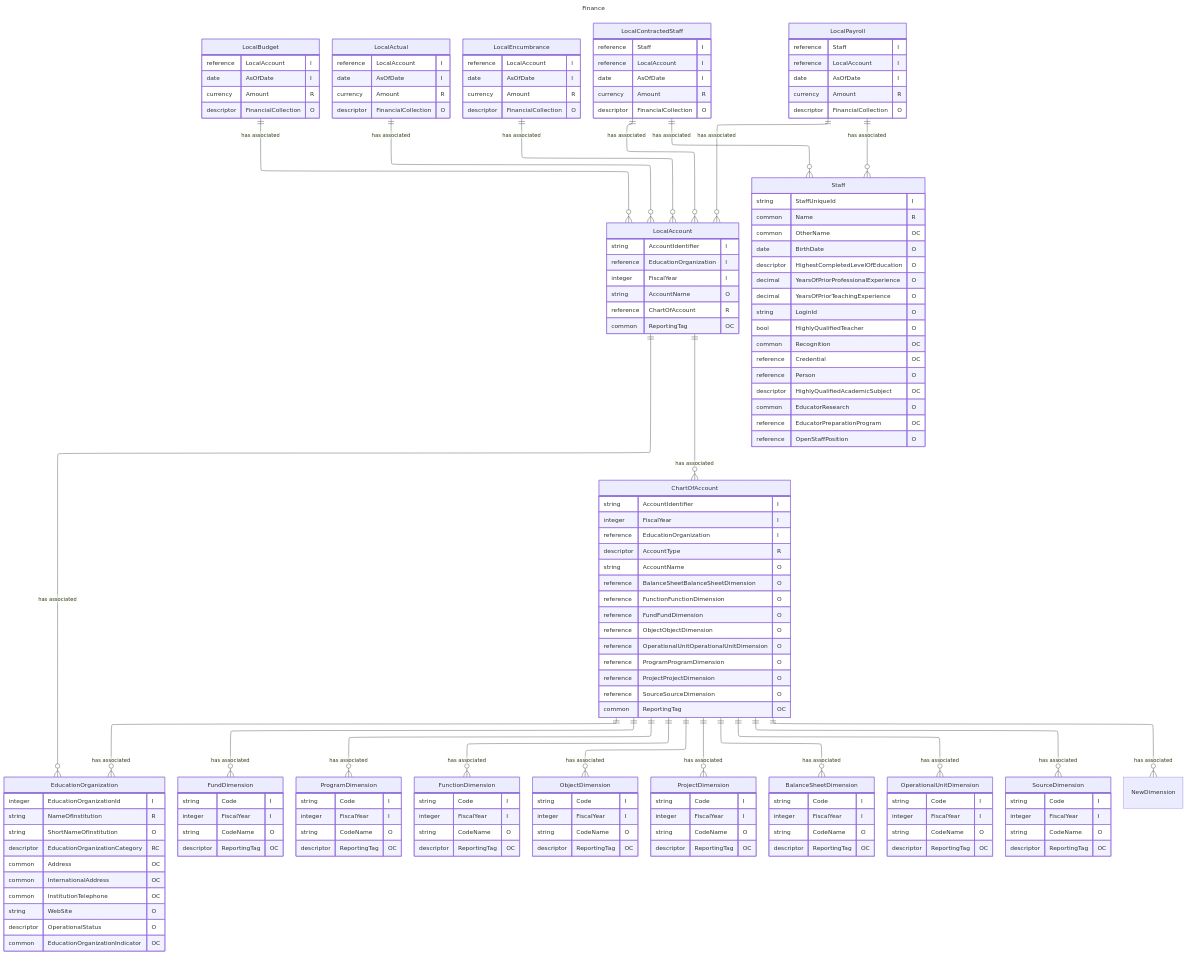
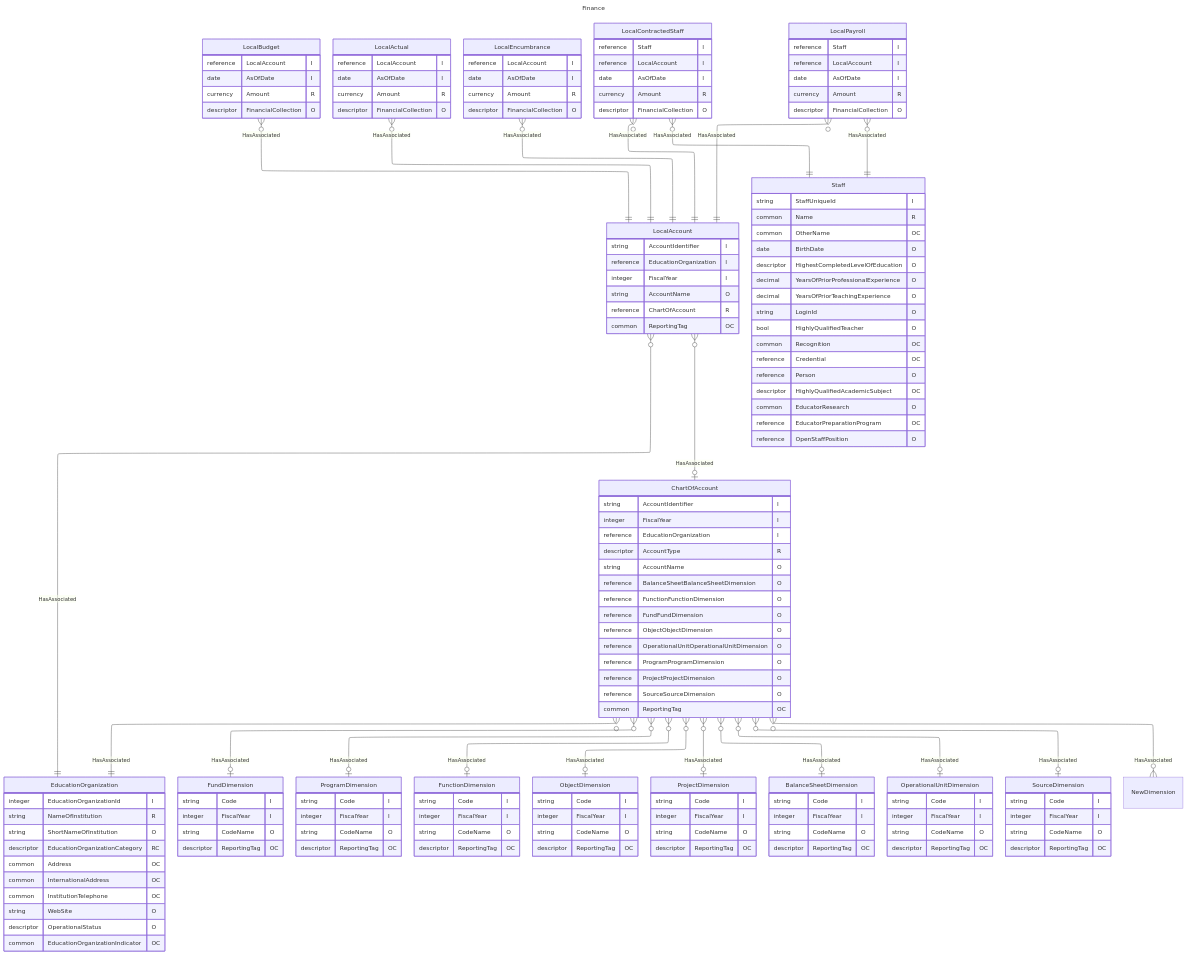
One commit to Ed-Fi-Alliance-OSS/Ed-Fi-Data-Standard changed the diagram in Models/Models/Finance.mmd. Above: the diagram before and after it, drawn with Mermaid. The commit also changed 6 other files, not shown here.

```diff
--- a/Models/Models/Finance.mmd
+++ b/Models/Models/Finance.mmd
@@ -1,161 +1,161 @@
 ---
 title: Finance
 config:
   layout: elk
 ---
 erDiagram
     EducationOrganization {
         integer EducationOrganizationId "I"
         string NameOfInstitution "R"
         string ShortNameOfInstitution "O"
         descriptor EducationOrganizationCategory "RC"
         common Address "OC"
         common InternationalAddress "OC"
         common InstitutionTelephone "OC"
         string WebSite "O"
         descriptor OperationalStatus "O"
         common EducationOrganizationIndicator "OC"
     }
     LocalAccount {
         string AccountIdentifier "I"
         reference EducationOrganization "I"
         integer FiscalYear "I"
         string AccountName "O"
         reference ChartOfAccount "R"
         common ReportingTag "OC"
     }
     ChartOfAccount {
         string AccountIdentifier "I"
         integer FiscalYear "I"
         reference EducationOrganization "I"
         descriptor AccountType "R"
         string AccountName "O"
         reference BalanceSheetBalanceSheetDimension "O"
         reference FunctionFunctionDimension "O"
         reference FundFundDimension "O"
         reference ObjectObjectDimension "O"
         reference OperationalUnitOperationalUnitDimension "O"
         reference ProgramProgramDimension "O"
         reference ProjectProjectDimension "O"
         reference SourceSourceDimension "O"
         common ReportingTag "OC"
     }
     LocalBudget {
         reference LocalAccount "I"
         date AsOfDate "I"
         currency Amount "R"
         descriptor FinancialCollection "O"
     }
     LocalActual {
         reference LocalAccount "I"
         date AsOfDate "I"
         currency Amount "R"
         descriptor FinancialCollection "O"
     }
     LocalEncumbrance {
         reference LocalAccount "I"
         date AsOfDate "I"
         currency Amount "R"
         descriptor FinancialCollection "O"
     }
     LocalContractedStaff {
         reference Staff "I"
         reference LocalAccount "I"
         date AsOfDate "I"
         currency Amount "R"
         descriptor FinancialCollection "O"
     }
     LocalPayroll {
         reference Staff "I"
         reference LocalAccount "I"
         date AsOfDate "I"
         currency Amount "R"
         descriptor FinancialCollection "O"
     }
     FundDimension {
         string Code "I"
         integer FiscalYear "I"
         string CodeName "O"
         descriptor ReportingTag "OC"
     }
     ProgramDimension {
         string Code "I"
         integer FiscalYear "I"
         string CodeName "O"
         descriptor ReportingTag "OC"
     }
     FunctionDimension {
         string Code "I"
         integer FiscalYear "I"
         string CodeName "O"
         descriptor ReportingTag "OC"
     }
     ObjectDimension {
         string Code "I"
         integer FiscalYear "I"
         string CodeName "O"
         descriptor ReportingTag "OC"
     }
     ProjectDimension {
         string Code "I"
         integer FiscalYear "I"
         string CodeName "O"
         descriptor ReportingTag "OC"
     }
     BalanceSheetDimension {
         string Code "I"
         integer FiscalYear "I"
         string CodeName "O"
         descriptor ReportingTag "OC"
     }
     OperationalUnitDimension {
         string Code "I"
         integer FiscalYear "I"
         string CodeName "O"
         descriptor ReportingTag "OC"
     }
     SourceDimension {
         string Code "I"
         integer FiscalYear "I"
         string CodeName "O"
         descriptor ReportingTag "OC"
     }
     NewDimension {
     }
     Staff {
         string StaffUniqueId "I"
         common Name "R"
         common OtherName "OC"
         date BirthDate "O"
         descriptor HighestCompletedLevelOfEducation "O"
         decimal YearsOfPriorProfessionalExperience "O"
         decimal YearsOfPriorTeachingExperience "O"
         string LoginId "O"
         bool HighlyQualifiedTeacher "O"
         common Recognition "OC"
         reference Credential "OC"
         reference Person "O"
         descriptor HighlyQualifiedAcademicSubject "OC"
         common EducatorResearch "O"
         reference EducatorPreparationProgram "OC"
         reference OpenStaffPosition "O"
     }
-    LocalAccount ||--o{ EducationOrganization : "has associated"
-    LocalAccount ||--o{ ChartOfAccount : "has associated"
-    ChartOfAccount ||--o{ EducationOrganization : "has associated"
-    ChartOfAccount ||--o{ FundDimension : "has associated"
-    ChartOfAccount ||--o{ ProgramDimension : "has associated"
-    ChartOfAccount ||--o{ FunctionDimension : "has associated"
-    ChartOfAccount ||--o{ ObjectDimension : "has associated"
-    ChartOfAccount ||--o{ ProjectDimension : "has associated"
-    ChartOfAccount ||--o{ OperationalUnitDimension : "has associated"
-    ChartOfAccount ||--o{ SourceDimension : "has associated"
-    ChartOfAccount ||--o{ BalanceSheetDimension : "has associated"
-    ChartOfAccount ||--o{ NewDimension : "has associated"
-    LocalBudget ||--o{ LocalAccount : "has associated"
-    LocalActual ||--o{ LocalAccount : "has associated"
-    LocalEncumbrance ||--o{ LocalAccount : "has associated"
-    LocalContractedStaff ||--o{ LocalAccount : "has associated"
-    LocalContractedStaff ||--o{ Staff : "has associated"
-    LocalPayroll ||--o{ LocalAccount : "has associated"
-    LocalPayroll ||--o{ Staff : "has associated"
+    LocalAccount }o--|| EducationOrganization : "HasAssociated"
+    LocalAccount }o--o| ChartOfAccount : "HasAssociated"
+    ChartOfAccount }o--|| EducationOrganization : "HasAssociated"
+    ChartOfAccount }o--o| FundDimension : "HasAssociated"
+    ChartOfAccount }o--o| ProgramDimension : "HasAssociated"
+    ChartOfAccount }o--o| FunctionDimension : "HasAssociated"
+    ChartOfAccount }o--o| ObjectDimension : "HasAssociated"
+    ChartOfAccount }o--o| ProjectDimension : "HasAssociated"
+    ChartOfAccount }o--o| OperationalUnitDimension : "HasAssociated"
+    ChartOfAccount }o--o| SourceDimension : "HasAssociated"
+    ChartOfAccount }o--o| BalanceSheetDimension : "HasAssociated"
+    ChartOfAccount }o--o{ NewDimension : "HasAssociated"
+    LocalBudget }o--|| LocalAccount : "HasAssociated"
+    LocalActual }o--|| LocalAccount : "HasAssociated"
+    LocalEncumbrance }o--|| LocalAccount : "HasAssociated"
+    LocalContractedStaff }o--|| LocalAccount : "HasAssociated"
+    LocalContractedStaff }o--|| Staff : "HasAssociated"
+    LocalPayroll }o--|| LocalAccount : "HasAssociated"
+    LocalPayroll }o--|| Staff : "HasAssociated"
```
